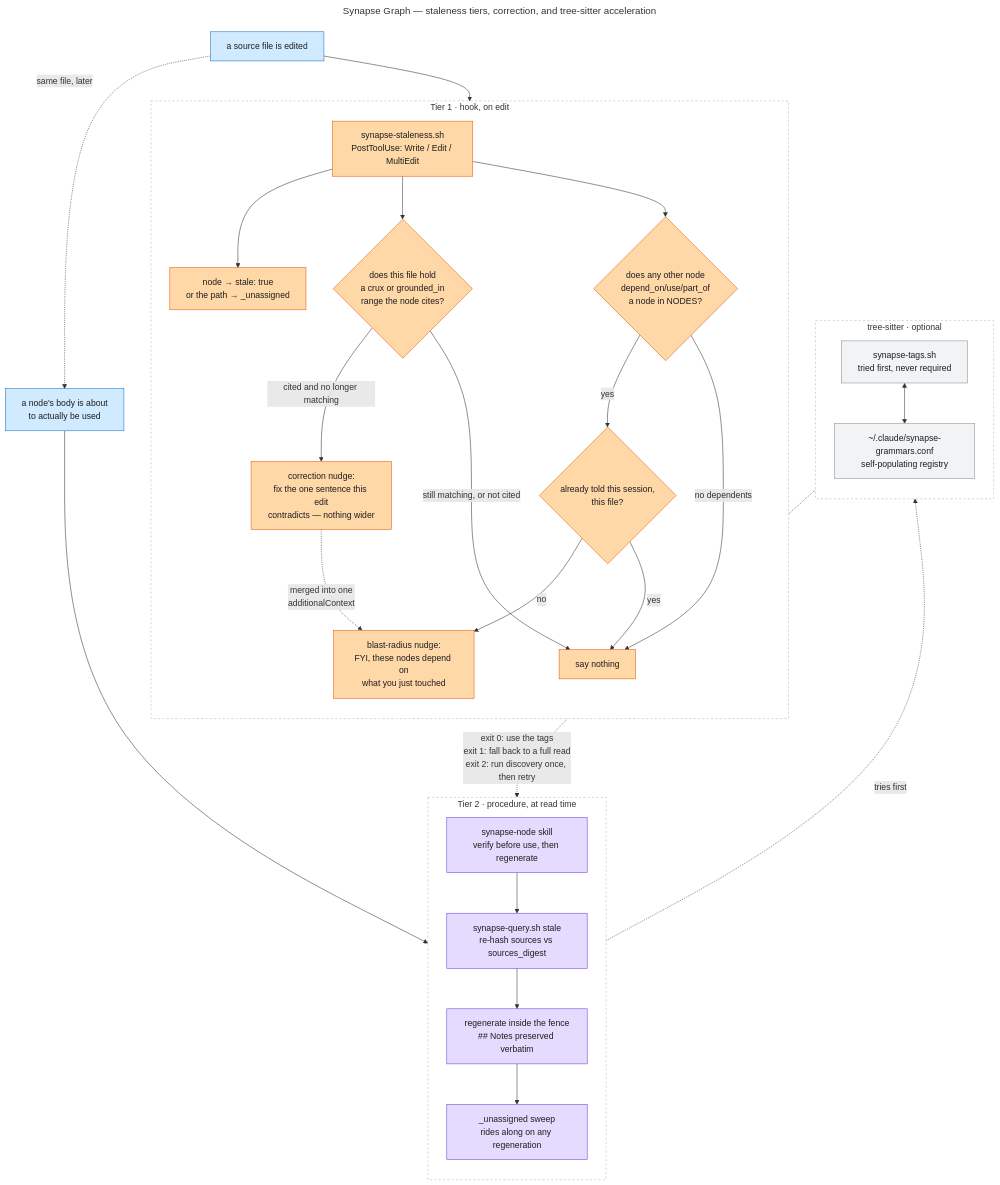
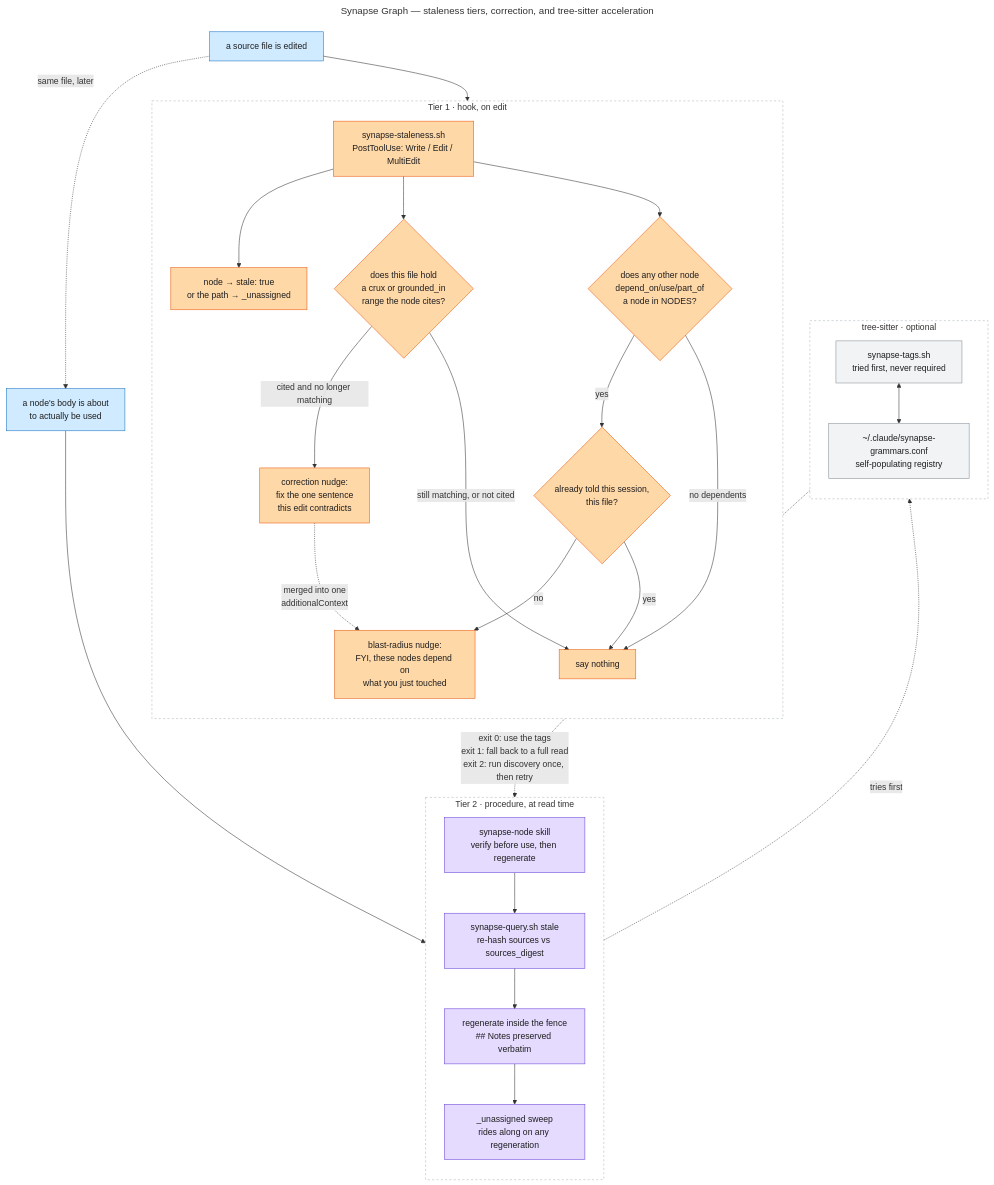
The diagram in docs/diagrams/synapse-graph-tiers.mmd (imunitic/second-brain-setup), drawn with Mermaid before and after one commit. The commit also changed 12 other files, not shown here.

```diff
--- a/docs/diagrams/synapse-graph-tiers.mmd
+++ b/docs/diagrams/synapse-graph-tiers.mmd
@@ -1,65 +1,65 @@
 ---
 title: Synapse Graph — staleness tiers, correction, and tree-sitter acceleration
 ---
 flowchart TB
     classDef trigger fill:#d0ebff,stroke:#1971c2,color:#1e1e1e
     classDef hook fill:#ffd8a8,stroke:#e8590c,color:#1e1e1e
     classDef skill fill:#e5dbff,stroke:#6741d9,color:#1e1e1e
     classDef artifact fill:#d3f9d8,stroke:#2f9e44,color:#1e1e1e
     classDef optional fill:#f1f3f5,stroke:#868e96,color:#1e1e1e
 
     EDIT["a source file is edited"]
     READ["a node's body is about<br/>to actually be used"]
 
     subgraph T1["Tier 1 · hook, on edit"]
         direction TB
         H["synapse-staleness.sh<br/>PostToolUse: Write / Edit / MultiEdit"]
         FLAG["node → stale: true<br/>or the path → _unassigned"]
         CITED{"does this file hold<br/>a crux or grounded_in<br/>range the node cites?"}
-        NUDGE["correction nudge:<br/>fix the one sentence this edit<br/>contradicts — nothing wider"]
+        NUDGE["correction nudge:<br/>fix the one sentence<br/>this edit contradicts"]
         DEPS{"does any other node<br/>depend_on/use/part_of<br/>a node in NODES?"}
         SEEN{"already told this session,<br/>this file?"}
         BLAST["blast-radius nudge:<br/>FYI, these nodes depend on<br/>what you just touched"]
         H --> FLAG
         H --> CITED
         H --> DEPS
         CITED -->|"cited and no longer matching"| NUDGE
         CITED -->|"still matching, or not cited"| SILENT["say nothing"]
         DEPS -->|"yes"| SEEN
         DEPS -->|"no dependents"| SILENT
         SEEN -->|"no"| BLAST
         SEEN -->|"yes"| SILENT
         NUDGE -.->|"merged into one<br/>additionalContext"| BLAST
     end
 
     subgraph T2["Tier 2 · procedure, at read time"]
         direction TB
         SK["synapse-node skill<br/>verify before use, then regenerate"]
         VERIFY["synapse-query.sh stale<br/>re-hash sources vs sources_digest"]
         REGEN["regenerate inside the fence<br/>## Notes preserved verbatim"]
         SWEEP["_unassigned sweep<br/>rides along on any regeneration"]
         SK --> VERIFY --> REGEN
         REGEN --> SWEEP
     end
 
     subgraph TS["tree-sitter · optional"]
         direction TB
         TAGS["synapse-tags.sh<br/>tried first, never required"]
         REG["~/.claude/synapse-grammars.conf<br/>self-populating registry"]
         TAGS <--> REG
     end
 
     EDIT --> H
     EDIT -.->|"same file, later"| READ
     READ --> SK
     REGEN -.->|"tries first"| TAGS
     TAGS -.->|"exit 0: use the tags<br/>exit 1: fall back to a full read<br/>exit 2: run discovery once, then retry"| REGEN
 
     class EDIT,READ trigger
     class H,FLAG,CITED,NUDGE,SILENT,DEPS,SEEN,BLAST hook
     class SK,VERIFY,REGEN,SWEEP skill
     class TAGS,REG optional
 
     style T1 fill:#ffffff,stroke:#adb5bd,stroke-dasharray:4 4
     style T2 fill:#ffffff,stroke:#adb5bd,stroke-dasharray:4 4
     style TS fill:#ffffff,stroke:#adb5bd,stroke-dasharray:4 4
```
